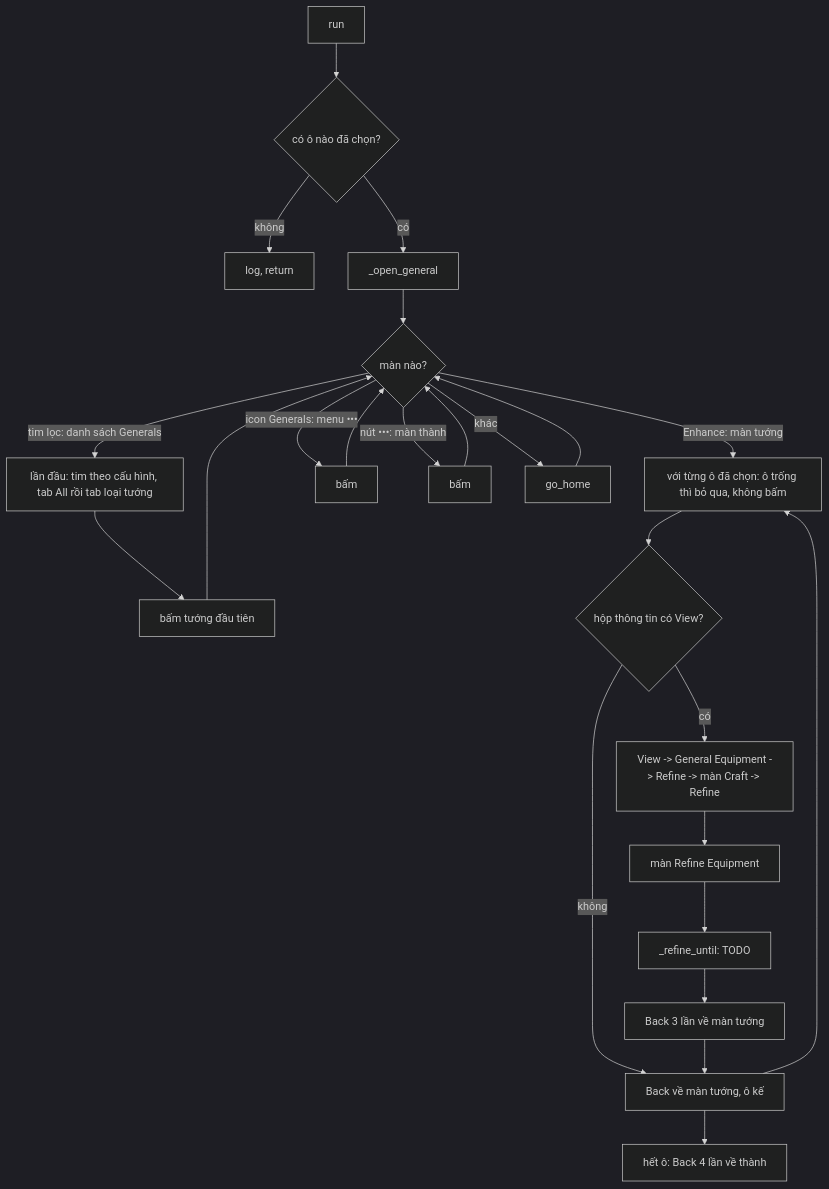
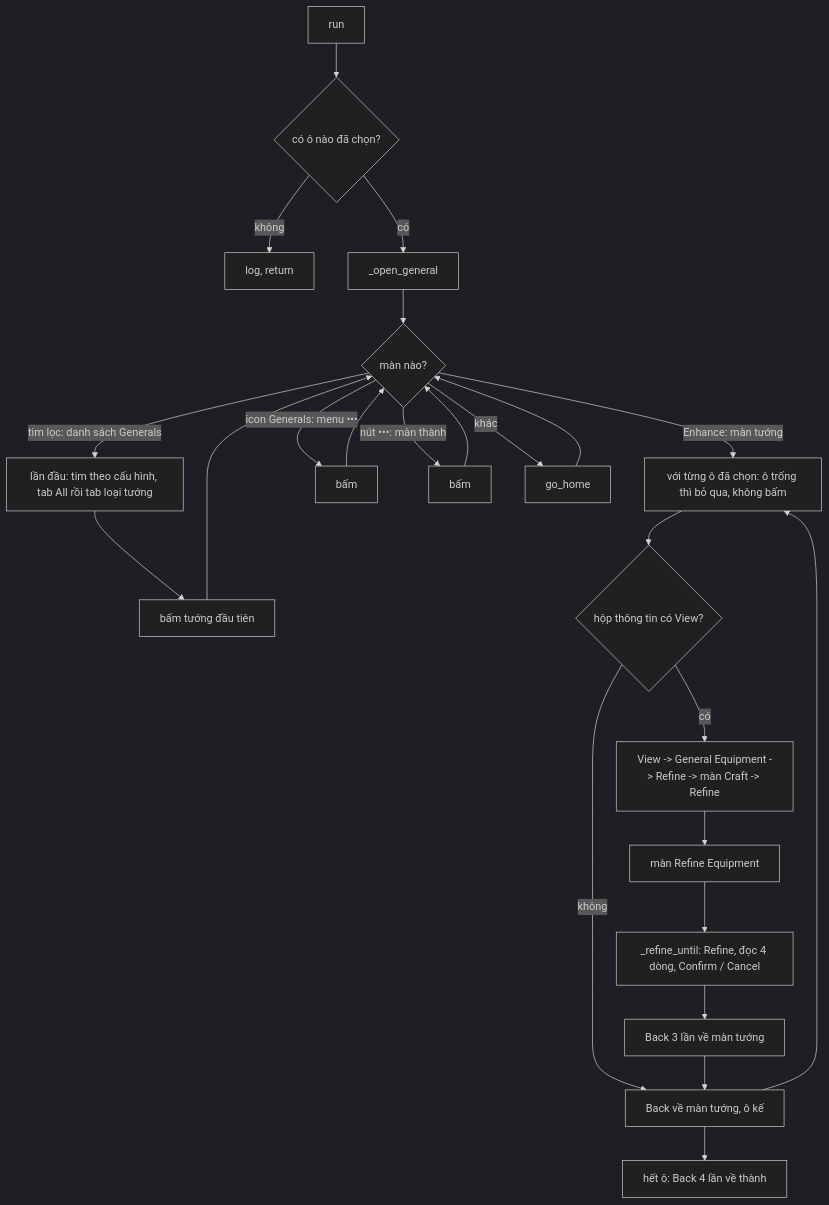
The diagram in bot/activities/refine_equipment/FLOW.md (Hoangkz/EvonyBot), drawn with Mermaid (dark theme) before and after one commit. The commit also changed other lines of this file and 247 other files, not shown here.

````diff
--- a/bot/activities/refine_equipment/FLOW.md
+++ b/bot/activities/refine_equipment/FLOW.md
@@ -21,18 +22,18 @@
 ```mermaid
 flowchart TD
     A[run] --> B{có ô nào đã chọn?}
     B -- không --> X[log, return]
     B -- có --> C[_open_general]
     C --> D{màn nào?}
     D -- Enhance: màn tướng --> G
     D -- tim lọc: danh sách Generals --> E[lần đầu: tim theo cấu hình, tab All rồi tab loại tướng] --> F[bấm tướng đầu tiên] --> D
     D -- icon Generals: menu ••• --> M[bấm] --> D
     D -- nút •••: màn thành --> N[bấm] --> D
     D -- khác --> H[go_home] --> D
     G[với từng ô đã chọn: ô trống thì bỏ qua, không bấm] --> I{hộp thông tin có View?}
     I -- không --> G2[Back về màn tướng, ô kế]
     I -- có --> J[View -> General Equipment -> Refine -> màn Craft -> Refine] --> K[màn Refine Equipment]
-    K --> L[_refine_until: TODO] --> R[Back 3 lần về màn tướng] --> G2
+    K --> L[_refine_until: Refine, đọc 4 dòng, Confirm / Cancel] --> R[Back 3 lần về màn tướng] --> G2
     G2 --> G
     G2 --> Z[hết ô: Back 4 lần về thành]
 ```
````
